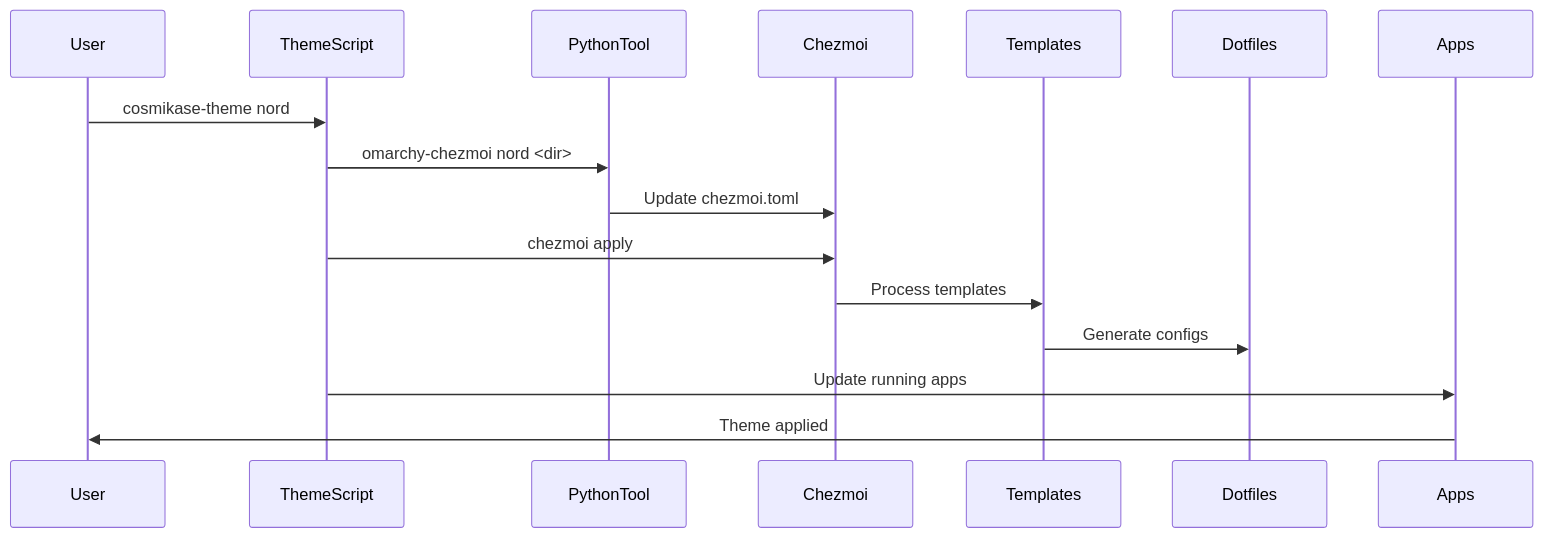
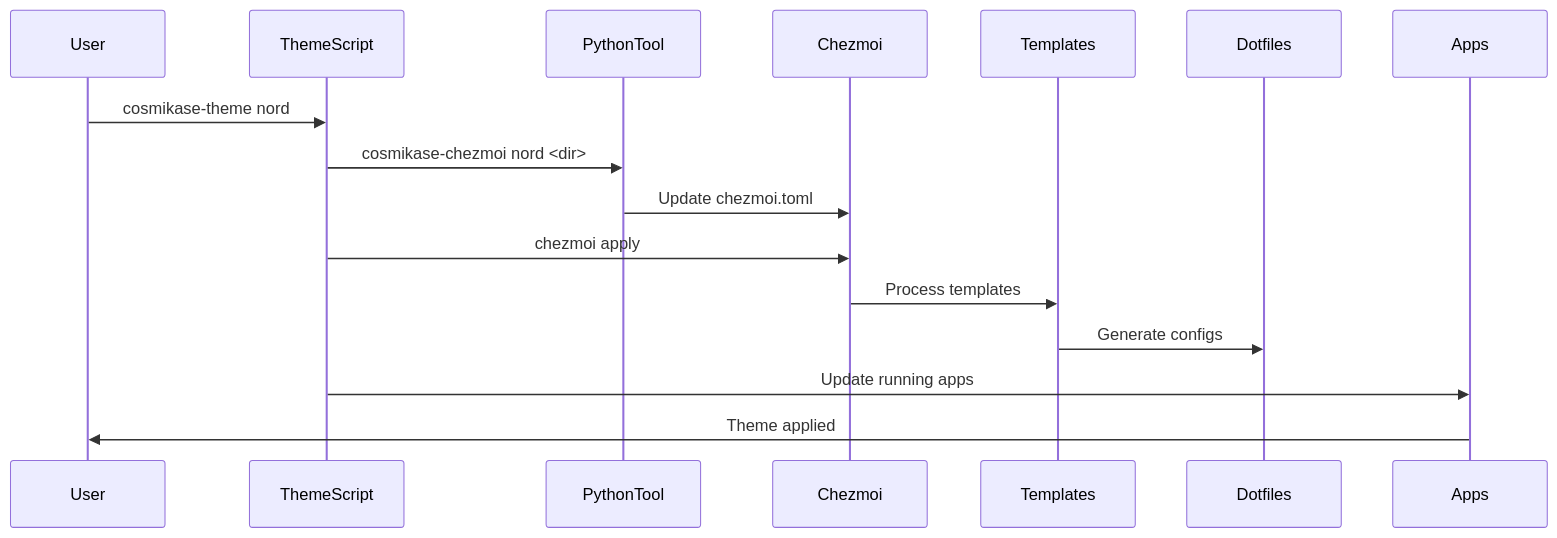
The third of 7 diagrams in docs/architecture.md (paulbrav/cosmikase), drawn with Mermaid before and after one commit. The commit also changed other lines of this file and 9 other files, not shown here.

````diff
--- a/docs/architecture.md
+++ b/docs/architecture.md
@@ -181,19 +181,19 @@
 ```mermaid
 sequenceDiagram
     participant User
     participant ThemeScript
     participant PythonTool
     participant Chezmoi
     participant Templates
     participant Dotfiles
     participant Apps
 
     User->>ThemeScript: cosmikase-theme nord
-    ThemeScript->>PythonTool: omarchy-chezmoi nord <dir>
+    ThemeScript->>PythonTool: cosmikase-chezmoi nord <dir>
     PythonTool->>Chezmoi: Update chezmoi.toml
     ThemeScript->>Chezmoi: chezmoi apply
     Chezmoi->>Templates: Process templates
     Templates->>Dotfiles: Generate configs
     ThemeScript->>Apps: Update running apps
     Apps->>User: Theme applied
 ```
````
